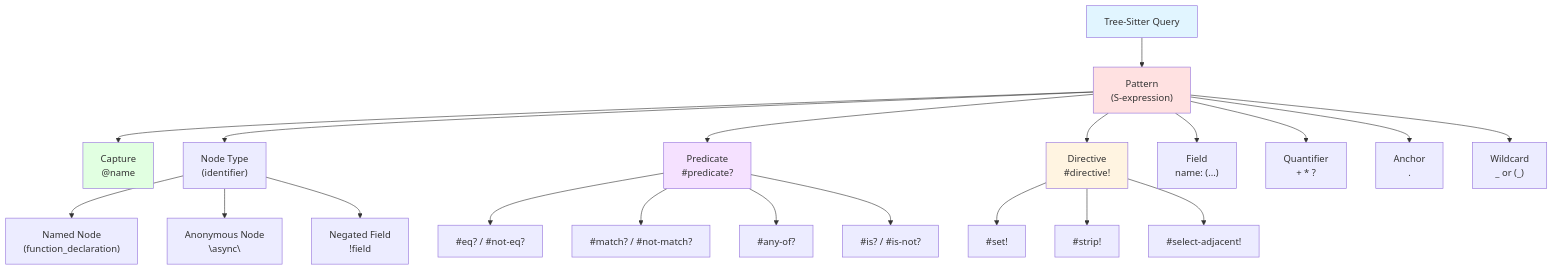
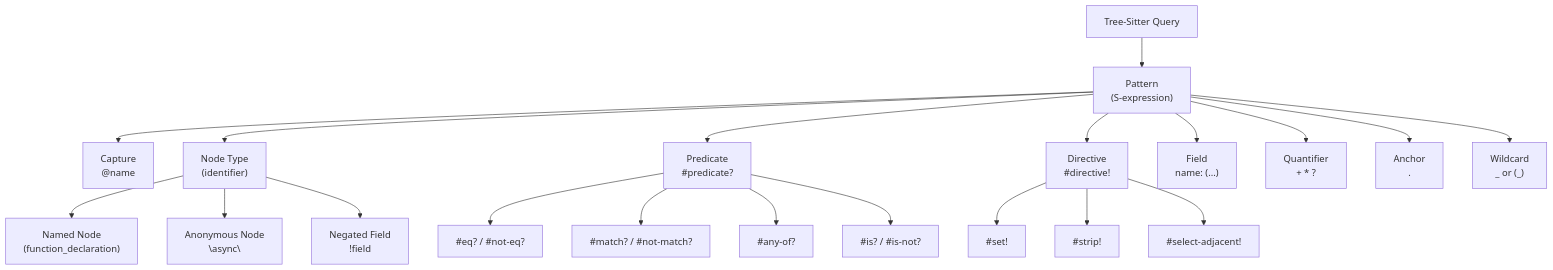
Before and after one commit to sengac/fspec: the third of 3 diagrams in spec/attachments/RES-017/ast-tool-refactoring-research.md, drawn with Mermaid. The commit also changed other lines of this file and 21 other files, not shown here.

````diff
--- a/spec/attachments/RES-017/ast-tool-refactoring-research.md
+++ b/spec/attachments/RES-017/ast-tool-refactoring-research.md
@@ -708,39 +697,33 @@
 ```mermaid
 graph TB
     Query["Tree-Sitter Query"]
 
     Pattern["Pattern<br/>(S-expression)"]
     Capture["Capture<br/>@name"]
     Predicate["Predicate<br/>#predicate?"]
     Directive["Directive<br/>#directive!"]
 
     Query --> Pattern
     Pattern --> Node["Node Type<br/>(identifier)"]
     Pattern --> Field["Field<br/>name: (...)"]
     Pattern --> Quantifier["Quantifier<br/>+ * ?"]
     Pattern --> Anchor["Anchor<br/>."]
     Pattern --> Wildcard["Wildcard<br/>_ or (_)"]
 
     Pattern --> Capture
     Pattern --> Predicate
     Pattern --> Directive
 
     Node --> Named["Named Node<br/>(function_declaration)"]
     Node --> Anonymous["Anonymous Node<br/>\"async\""]
     Node --> Negated["Negated Field<br/>!field"]
 
     Predicate --> EqPred["#eq? / #not-eq?"]
     Predicate --> MatchPred["#match? / #not-match?"]
     Predicate --> AnyOfPred["#any-of?"]
     Predicate --> IsPred["#is? / #is-not?"]
 
     Directive --> SetDir["#set!"]
     Directive --> StripDir["#strip!"]
     Directive --> SelectDir["#select-adjacent!"]
-
-    style Query fill:#e1f5ff
-    style Pattern fill:#ffe1e1
-    style Capture fill:#e1ffe1
-    style Predicate fill:#f5e1ff
-    style Directive fill:#fff4e1
 ```
````
